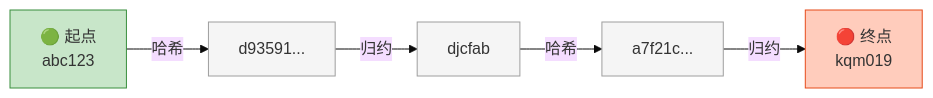
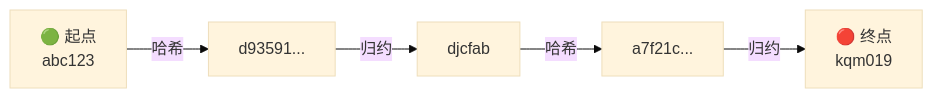
Before and after one commit to luohuidong/auth-tutorial: the third of 5 diagrams in docs/password-security.md, drawn with Mermaid (base theme). The commit also changed other lines of this file and 8 other files, not shown here.

First line of the commit message:
docs: 移除 mermaid 图表硬编码颜色以兼容 light/dark theme

````diff
--- a/docs/password-security.md
+++ b/docs/password-security.md
@@ -218,13 +218,8 @@
 ```mermaid
 flowchart LR
     P1["🟢 起点\nabc123"] -->|"哈希"| H1["d93591..."]
     H1 -->|"归约"| P2["djcfab"]
     P2 -->|"哈希"| H2["a7f21c..."]
     H2 -->|"归约"| P3["🔴 终点\nkqm019"]
 
-    style P1 fill:#c8e6c9,stroke:#388e3c
-    style P3 fill:#ffccbc,stroke:#e64a19
-    style H1 fill:#f5f5f5,stroke:#9e9e9e
-    style H2 fill:#f5f5f5,stroke:#9e9e9e
-    style P2 fill:#f5f5f5,stroke:#9e9e9e
 ```
````
